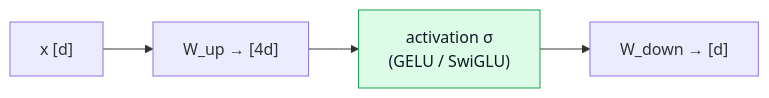
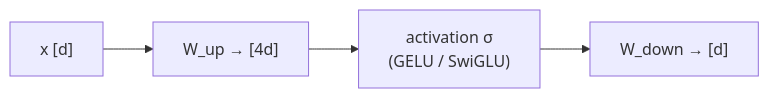
One commit to youyun8/deep-kernel-handbook changed the seventh of 10 diagrams in docs/foundations/transformer-from-scratch.md. Above: the diagram before and after it, drawn with Mermaid. The commit also changed other lines of this file and 9 other files, not shown here.

Commit message:
docs: theme Mermaid diagrams via CSS instead of baked classDef colors

````diff
--- a/docs/foundations/transformer-from-scratch.md
+++ b/docs/foundations/transformer-from-scratch.md
@@ -191,8 +186,7 @@
 ```mermaid
 flowchart LR
     X["x [d]"] --> U["W_up → [4d]"]
     U --> A["activation σ<br/>(GELU / SwiGLU)"]
     A --> D["W_down → [d]"]
     class A accGreen;
-    classDef accGreen fill:#dcfce7,stroke:#16a34a,color:#111827;
 ```
````
